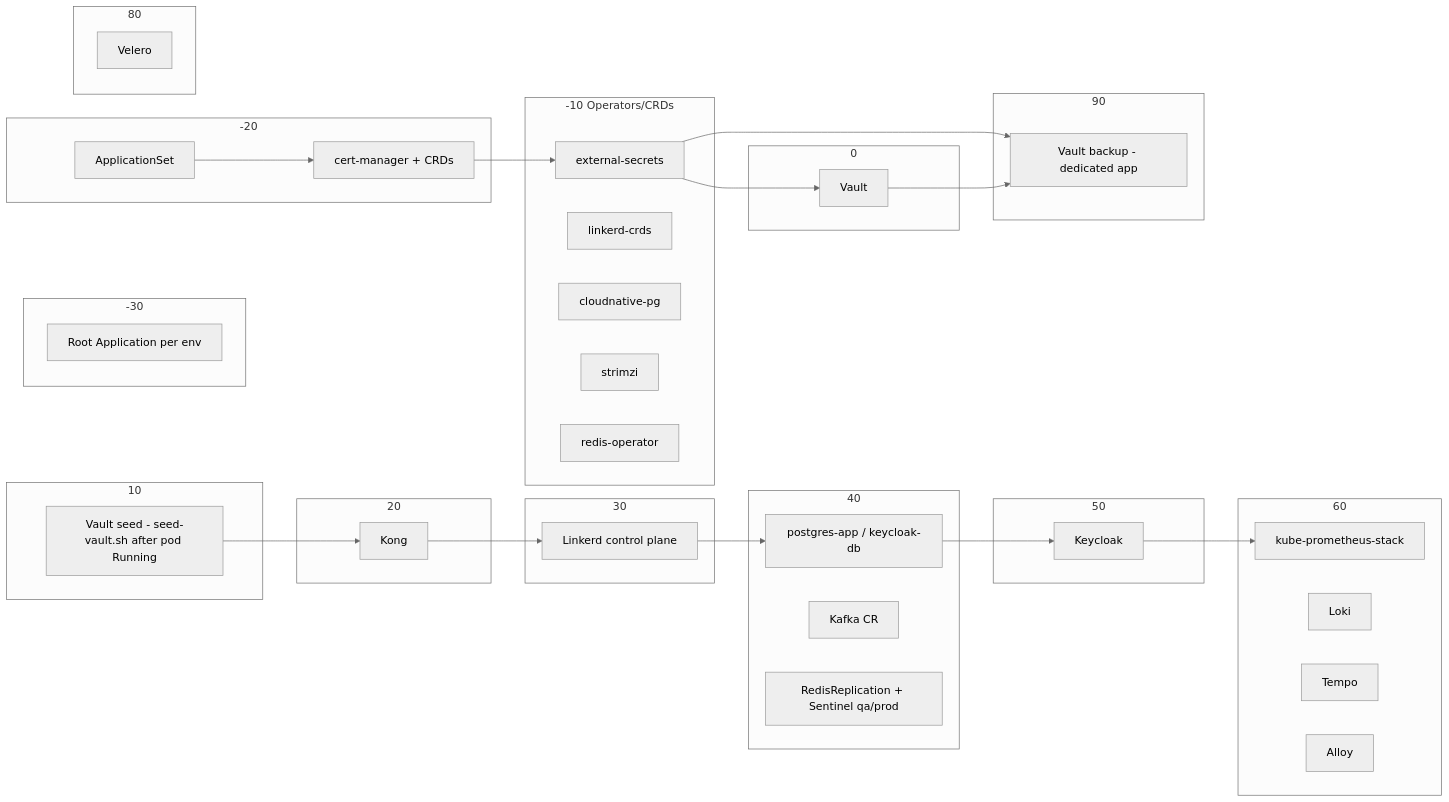
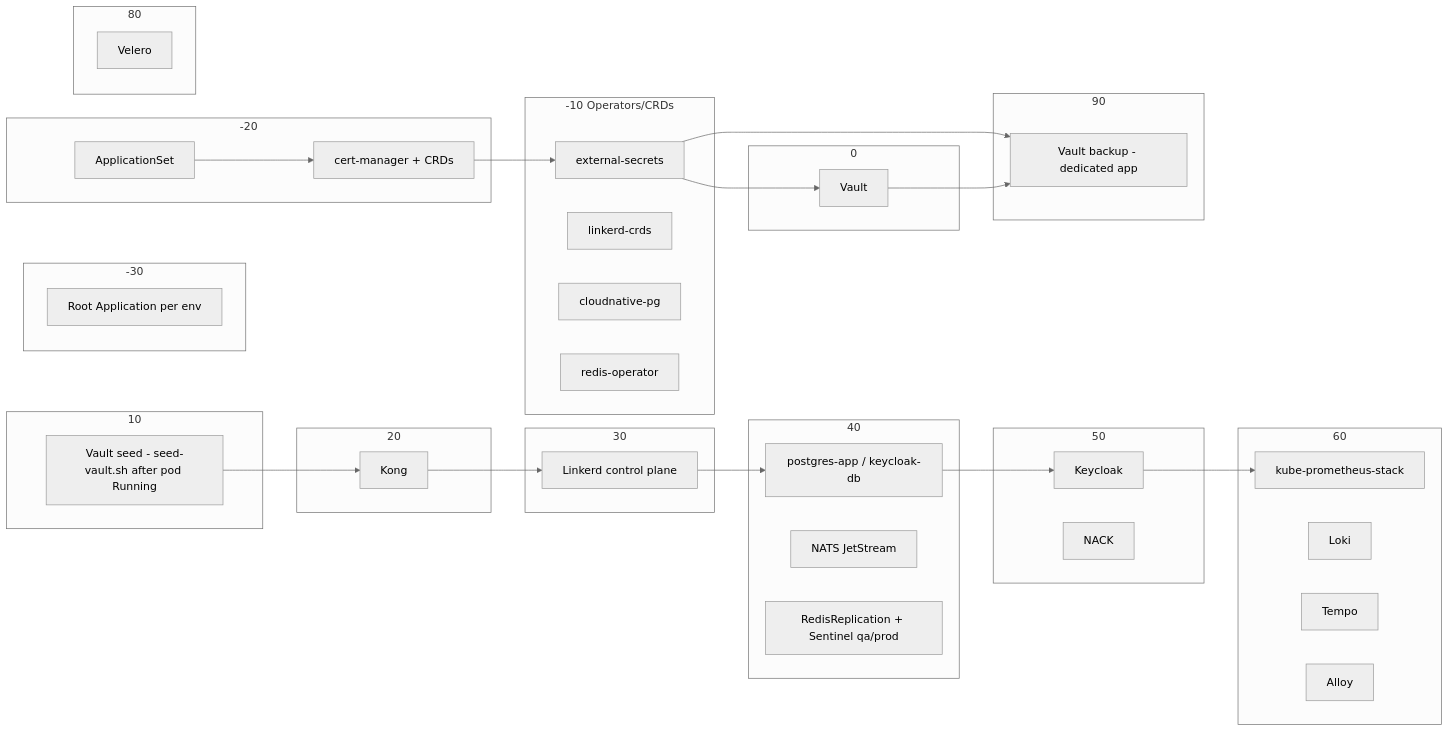
The second of 3 diagrams in docs/architecture.md (sca-templates/infra-kubernetes), drawn with Mermaid (neutral theme) before and after one commit. The commit also changed other lines of this file and 60 other files, not shown here.

First line of the commit message:
refactor: remove kafka and strimzi after nats migration

````diff
--- a/docs/architecture.md
+++ b/docs/architecture.md
@@ -217,59 +204,59 @@
 ```mermaid
 graph LR
     subgraph W-30["-30"]
         A[Root Application per env]
     end
     subgraph W-20["-20"]
         B[ApplicationSet]
         C[cert-manager + CRDs]
     end
     subgraph W-10["-10 Operators/CRDs"]
         D[external-secrets]
         E[linkerd-crds]
         F[cloudnative-pg]
-        G[strimzi]
         H[redis-operator]
     end
     subgraph W0["0"]
         I[Vault]
     end
     subgraph W10["10"]
         J[Vault seed - seed-vault.sh after pod Running]
     end
     subgraph W20["20"]
         K[Kong]
     end
     subgraph W30["30"]
         L[Linkerd control plane]
     end
     subgraph W40["40"]
         M[postgres-app / keycloak-db]
-        N[Kafka CR]
+        N[NATS JetStream]
         O[RedisReplication + Sentinel qa/prod]
     end
     subgraph W50["50"]
         P[Keycloak]
+        P2[NACK]
     end
     subgraph W60["60"]
         Q[kube-prometheus-stack]
         R[Loki]
         S[Tempo]
         T[Alloy]
     end
     subgraph W80["80"]
         V[Velero]
     end
     subgraph W90["90"]
         W[Vault backup - dedicated app]
     end
     B --> C
     C --> D
     D --> I
     J --> K
     K --> L
     L --> M
     M --> P
     P --> Q
     D --> W
     I --> W
 ```
````
